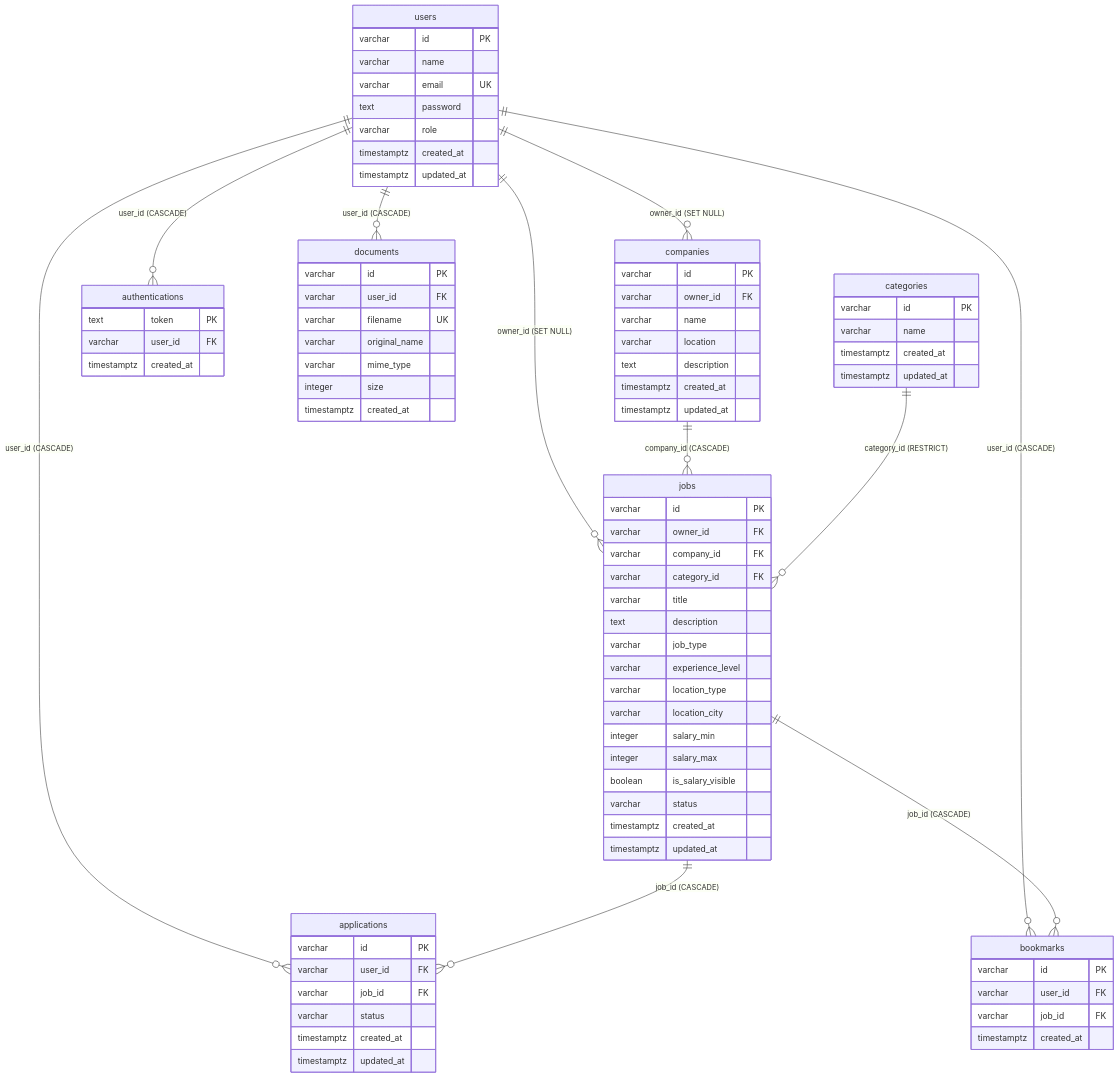
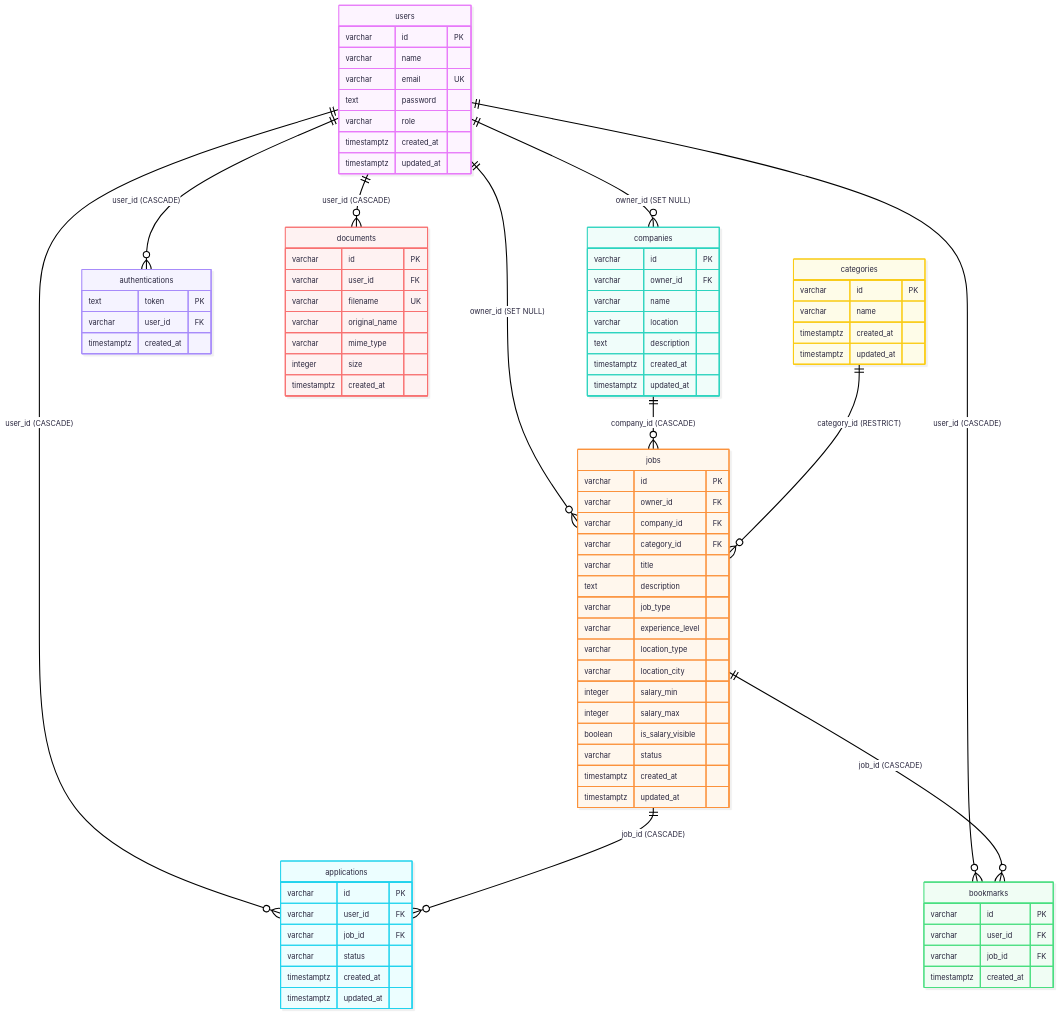
Before and after one commit to alfinhimawan/Proyek-Akhir-OpenJob-RESTful-API-Versi-2: the diagram in docs/ERD-OpenJob-versi-2.mmd, drawn with Mermaid. The commit also changed 1 other file, not shown here.

Commit message:
docs: perbarui diagram ERD versi 2 dengan tema berwarna dan latar putih solid

```diff
--- a/docs/ERD-OpenJob-versi-2.mmd
+++ b/docs/ERD-OpenJob-versi-2.mmd
@@ -1,82 +1,87 @@
+---
+config:
+  theme: redux-color
+  look: neo
+---
 erDiagram
     users ||--o{ companies : "owner_id (SET NULL)"
     users ||--o{ jobs : "owner_id (SET NULL)"
     users ||--o{ applications : "user_id (CASCADE)"
     users ||--o{ bookmarks : "user_id (CASCADE)"
     users ||--o{ authentications : "user_id (CASCADE)"
     users ||--o{ documents : "user_id (CASCADE)"
     companies ||--o{ jobs : "company_id (CASCADE)"
     categories ||--o{ jobs : "category_id (RESTRICT)"
     jobs ||--o{ applications : "job_id (CASCADE)"
     jobs ||--o{ bookmarks : "job_id (CASCADE)"
 
     users {
         varchar id PK
         varchar name
         varchar email UK
         text password
         varchar role
         timestamptz created_at
         timestamptz updated_at
     }
     documents {
         varchar id PK
         varchar user_id FK
         varchar filename UK
         varchar original_name
         varchar mime_type
         integer size
         timestamptz created_at
     }
     companies {
         varchar id PK
         varchar owner_id FK
         varchar name
         varchar location
         text description
         timestamptz created_at
         timestamptz updated_at
     }
     categories {
         varchar id PK
         varchar name
         timestamptz created_at
         timestamptz updated_at
     }
     jobs {
         varchar id PK
         varchar owner_id FK
         varchar company_id FK
         varchar category_id FK
         varchar title
         text description
         varchar job_type
         varchar experience_level
         varchar location_type
         varchar location_city
         integer salary_min
         integer salary_max
         boolean is_salary_visible
         varchar status
         timestamptz created_at
         timestamptz updated_at
     }
     applications {
         varchar id PK
         varchar user_id FK
         varchar job_id FK
         varchar status
         timestamptz created_at
         timestamptz updated_at
     }
     bookmarks {
         varchar id PK
         varchar user_id FK
         varchar job_id FK
         timestamptz created_at
     }
     authentications {
         text token PK
         varchar user_id FK
         timestamptz created_at
     }
```
